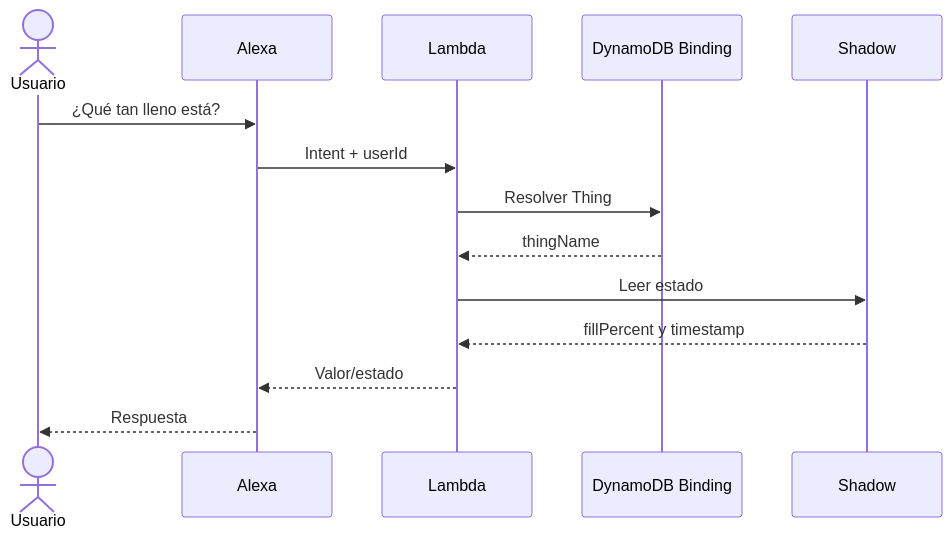
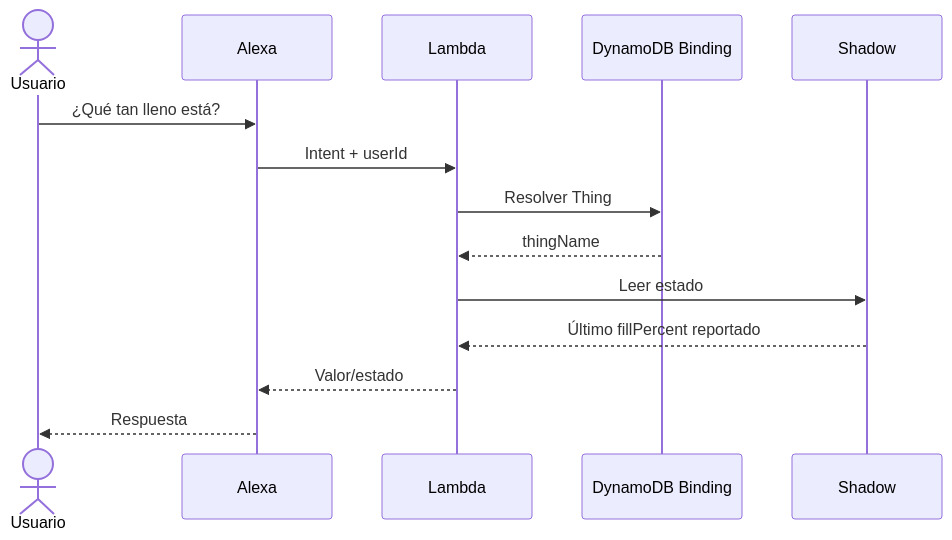
The sixth of 10 diagrams in Informe.md (Lucas-RodriguezAncieta/Practica4_IoT_BasureroInteligente), drawn with Mermaid before and after one commit. The commit also changed other lines of this file, not shown here.

````diff
--- a/Informe.md
+++ b/Informe.md
@@ -311,16 +337,16 @@
 ```mermaid
 sequenceDiagram
     actor Usuario
     participant Alexa
     participant Lambda
     participant Binding as DynamoDB Binding
     participant Shadow
     Usuario->>Alexa: ¿Qué tan lleno está?
     Alexa->>Lambda: Intent + userId
     Lambda->>Binding: Resolver Thing
     Binding-->>Lambda: thingName
     Lambda->>Shadow: Leer estado
-    Shadow-->>Lambda: fillPercent y timestamp
+    Shadow-->>Lambda: Último fillPercent reportado
     Lambda-->>Alexa: Valor/estado
     Alexa-->>Usuario: Respuesta
 ```
````
